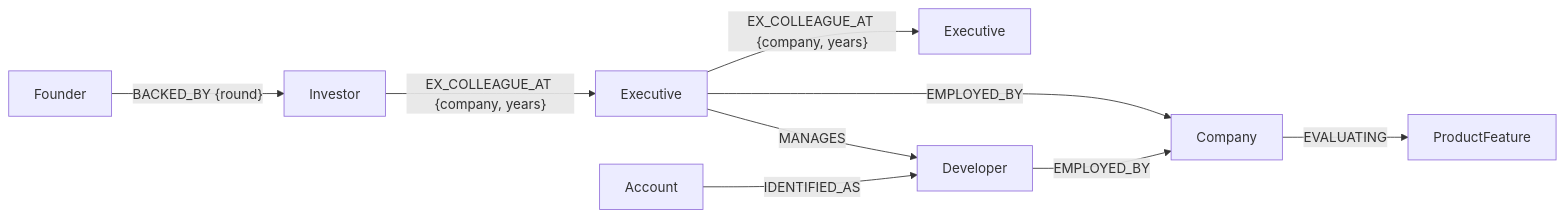
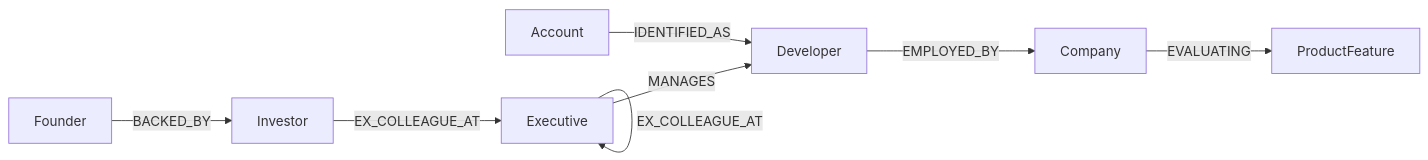
The diagram in README.md (Niskarsh12/Trojangraph), drawn with Mermaid before and after one commit. The commit also changed other lines of this file, not shown here.

Commit message:
Rewrite README: idea, graph techniques, queries

````diff
--- a/README.md
+++ b/README.md
@@ -41,11 +36,10 @@
 ```mermaid
 graph LR
-  F[Founder] -- BACKED_BY {round} --> I[Investor]
-  I -- EX_COLLEAGUE_AT {company, years} --> E[Executive]
-  E -- EX_COLLEAGUE_AT {company, years} --> E2[Executive]
-  E -- EMPLOYED_BY --> C[Company]
+  F[Founder] -- BACKED_BY --> I[Investor]
+  I -- EX_COLLEAGUE_AT --> E[Executive]
+  E -- EX_COLLEAGUE_AT --> E
   E -- MANAGES --> D[Developer]
-  D -- EMPLOYED_BY --> C
+  D -- EMPLOYED_BY --> C[Company]
   A[Account] -- IDENTIFIED_AS --> D
   C -- EVALUATING --> P[ProductFeature]
 ```
````
